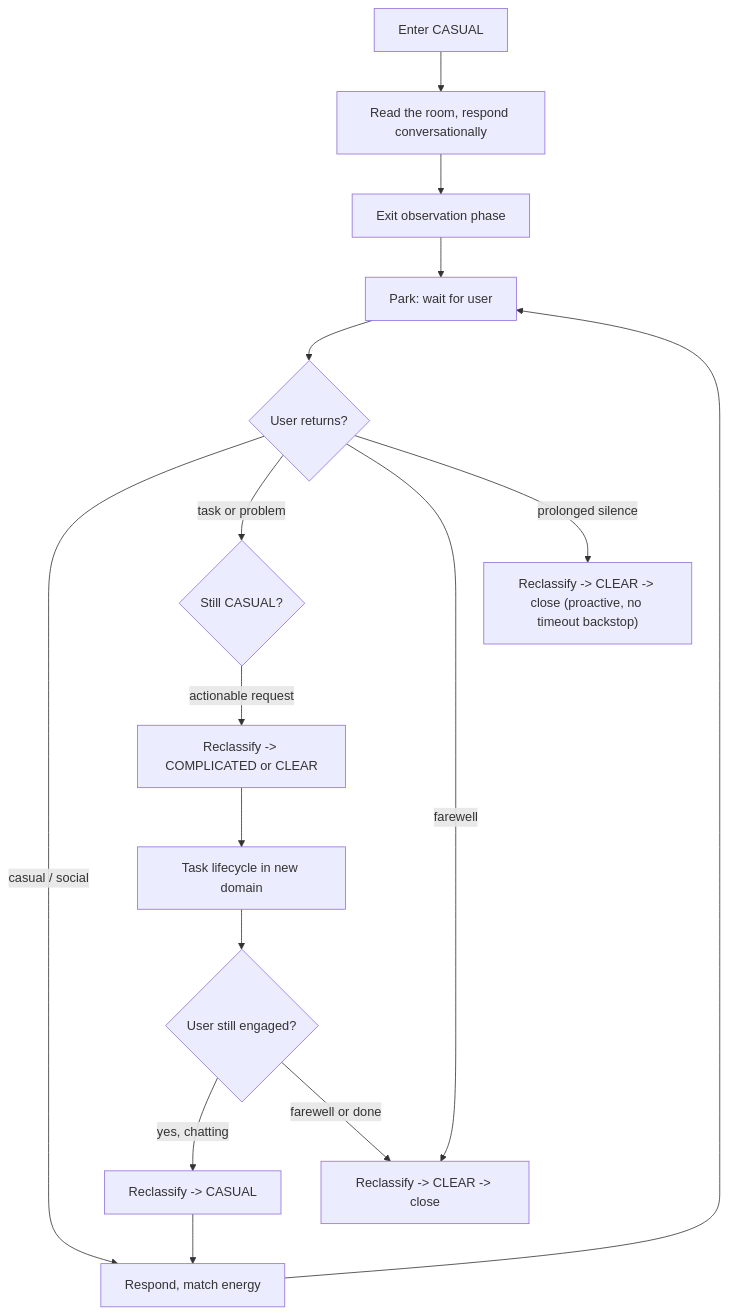
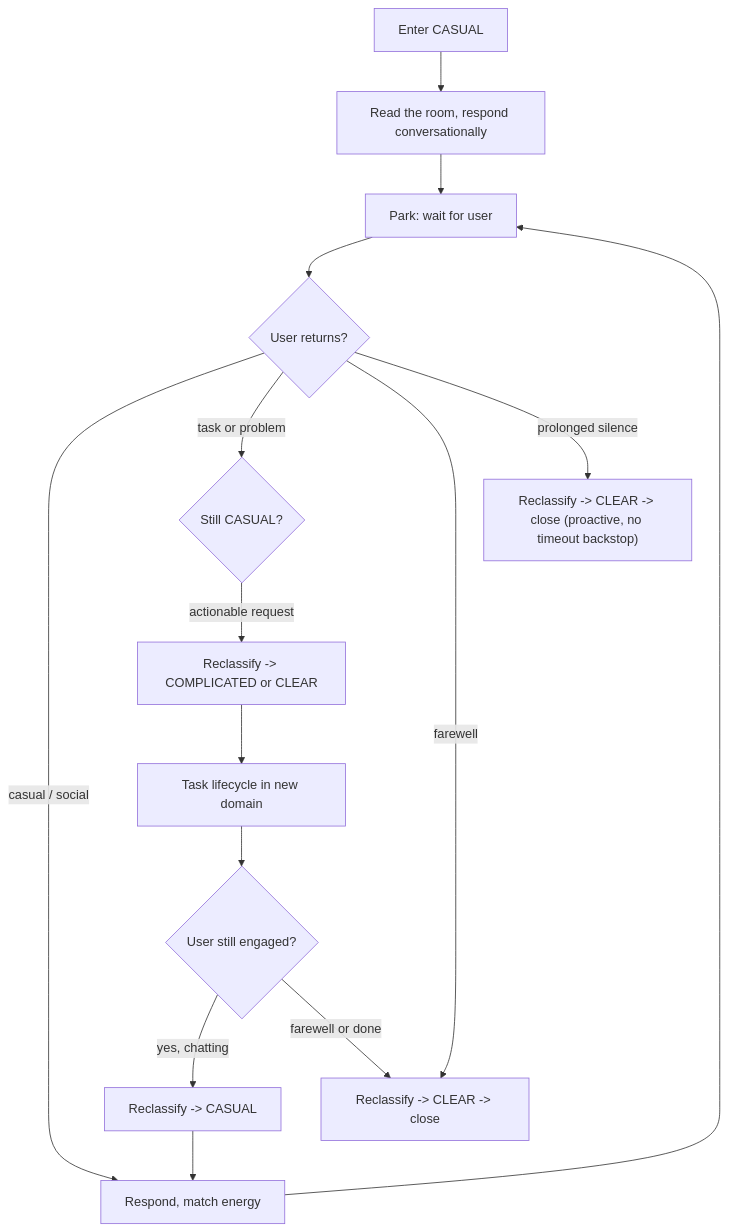
One commit to The-Darwin-Project/Blackboard changed the diagram in src/agents/brain_skills/domain/casual.md. Above: the diagram before and after it, drawn with Mermaid. The commit also changed other lines of this file and 3 other files, not shown here.

````diff
--- a/src/agents/brain_skills/domain/casual.md
+++ b/src/agents/brain_skills/domain/casual.md
@@ -15,24 +15,22 @@
 ```mermaid
 graph TD
     Enter["Enter CASUAL"] --> Greet["Read the room, respond conversationally"]
-
-    Greet --> ExitTriage["Exit observation phase"]
-    ExitTriage --> Park["Park: wait for user"]
+    Greet["Read the room, respond conversationally"] --> Park["Park: wait for user"]
 
     Park --> UserMsg{"User returns?"}
 
     UserMsg -->|"casual / social"| Respond["Respond, match energy"]
     Respond --> Park
 
     UserMsg -->|"task or problem"| DomainR{"Still CASUAL?"}
     DomainR -->|"actionable request"| ReclassOp["Reclassify -> COMPLICATED or CLEAR"]
     ReclassOp --> TaskWork["Task lifecycle in new domain"]
 
     TaskWork --> PostTask{"User still engaged?"}
     PostTask -->|"yes, chatting"| ReEnter["Reclassify -> CASUAL"]
     ReEnter --> Respond
     PostTask -->|"farewell or done"| ReclassDone["Reclassify -> CLEAR -> close"]
 
     UserMsg -->|"farewell"| ReclassDone
     UserMsg -->|"prolonged silence"| AutoClose["Reclassify -> CLEAR -> close (proactive, no timeout backstop)"]
 ```
````
